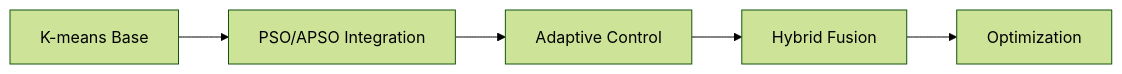
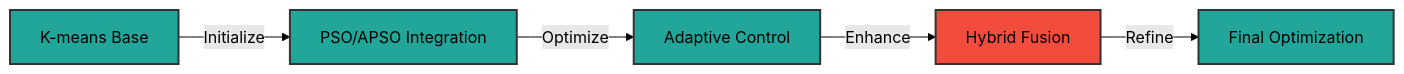
Before and after one commit to svdexe/DS_RP_Part-B_ClusteringAnalysis_using_HeuristicOptimizationTechniques: the diagram in README.md, drawn with Mermaid (forest theme). The commit also changed other lines of this file, not shown here.

````diff
--- a/README.md
+++ b/README.md
@@ -191,7 +208,12 @@
 ```mermaid
 graph LR
-    A[K-means Base] --> B[PSO/APSO Integration]
-    B --> C[Adaptive Control]
-    C --> D[Hybrid Fusion]
-    D --> E[Optimization]
+    classDef default fill:#22A699,stroke:#333,stroke-width:2px;
+    classDef highlight fill:#F24C3D,stroke:#333,stroke-width:2px;
+    
+    A[K-means Base] -->|Initialize| B[PSO/APSO Integration]
+    B -->|Optimize| C[Adaptive Control]
+    C -->|Enhance| D[Hybrid Fusion]
+    D -->|Refine| E[Final Optimization]
+    
+    class D highlight
 ```
````
